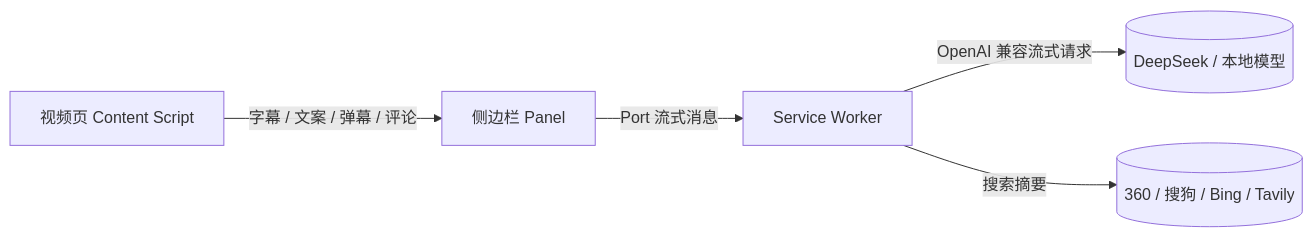
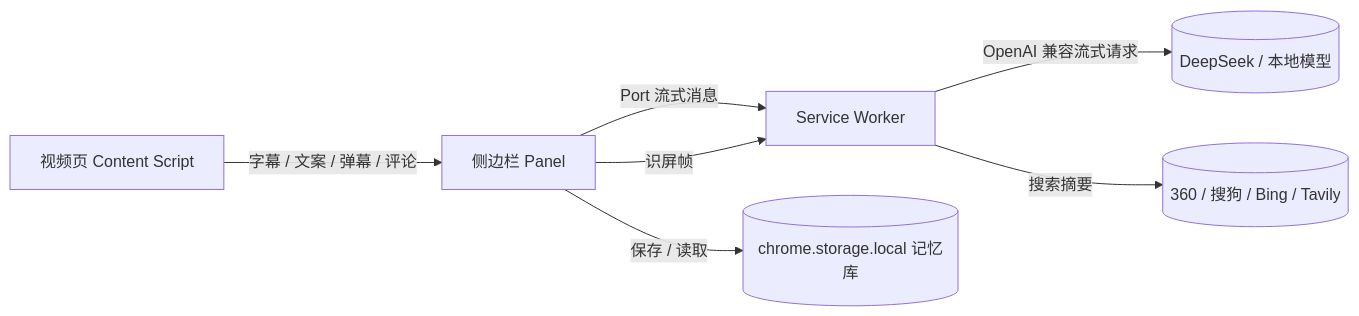
The diagram in README.md (Leslie1168/video-ai-summary-extension), drawn with Mermaid before and after one commit. The commit also changed other lines of this file and 20 other files, not shown here.

````diff
--- a/README.md
+++ b/README.md
@@ -153,7 +191,9 @@
 ```mermaid
 flowchart LR
   A[视频页 Content Script] -- 字幕 / 文案 / 弹幕 / 评论 --> B[侧边栏 Panel]
   B -- Port 流式消息 --> C[Service Worker]
   C -- OpenAI 兼容流式请求 --> D[(DeepSeek / 本地模型)]
   C -- 搜索摘要 --> E[(360 / 搜狗 / Bing / Tavily)]
+  B -- 识屏帧 --> C
+  B -- 保存 / 读取 --> F[(chrome.storage.local 记忆库)]
 ```
````
